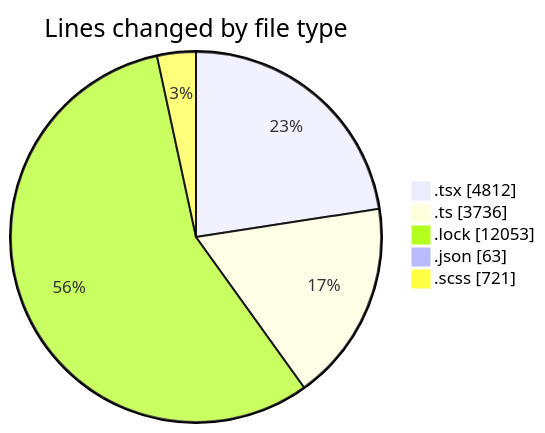
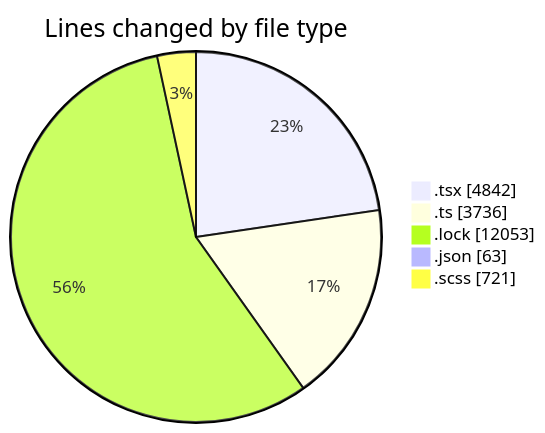
Before and after one commit to momahboobian/code-tracking: the first of 2 diagrams in 2025-12-03/cda/README.md, drawn with Mermaid. The commit also changed other lines of this file and 1 other file, not shown here.

````diff
--- a/2025-12-03/cda/README.md
+++ b/2025-12-03/cda/README.md
@@ -32,9 +32,9 @@
 ```mermaid
 pie showData
 title Lines changed by file type
-".tsx" : 4812
+".tsx" : 4842
 ".ts" : 3736
 ".lock" : 12053
 ".json" : 63
 ".scss" : 721
 ```
````
